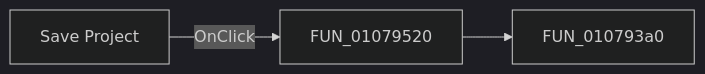
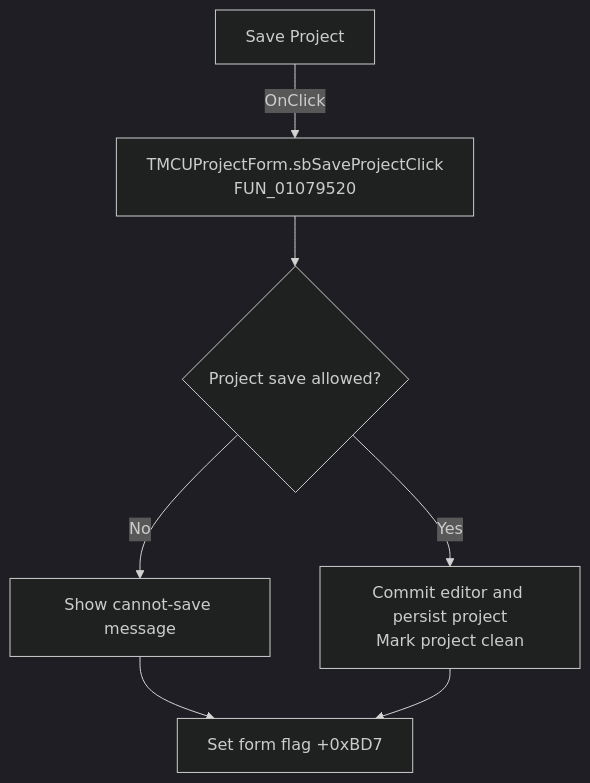
Before and after one commit to MovGP0/TIARA: the diagram in docs/ui-controls/mcuprojectform/sbsaveproject-612330191a.md, drawn with Mermaid (dark theme). The commit also changed other lines of this file and 1062 other files, not shown here.

````diff
--- a/docs/ui-controls/mcuprojectform/sbsaveproject-612330191a.md
+++ b/docs/ui-controls/mcuprojectform/sbsaveproject-612330191a.md
@@ -27,5 +27,9 @@
 ```mermaid
-flowchart LR
-    control["Save Project"] -->|OnClick| handler["FUN_01079520"]
-    handler --> call1["FUN_010793a0"]
+flowchart TD
+    control["Save Project"] -->|OnClick| handler["TMCUProjectForm.sbSaveProjectClick<br/>FUN_01079520"]
+    handler --> save{"Project save allowed?"}
+    save -->|No| blocked["Show cannot-save message"]
+    save -->|Yes| persist["Commit editor and persist project<br/>Mark project clean"]
+    blocked --> flag["Set form flag +0xBD7"]
+    persist --> flag
 ```
````
